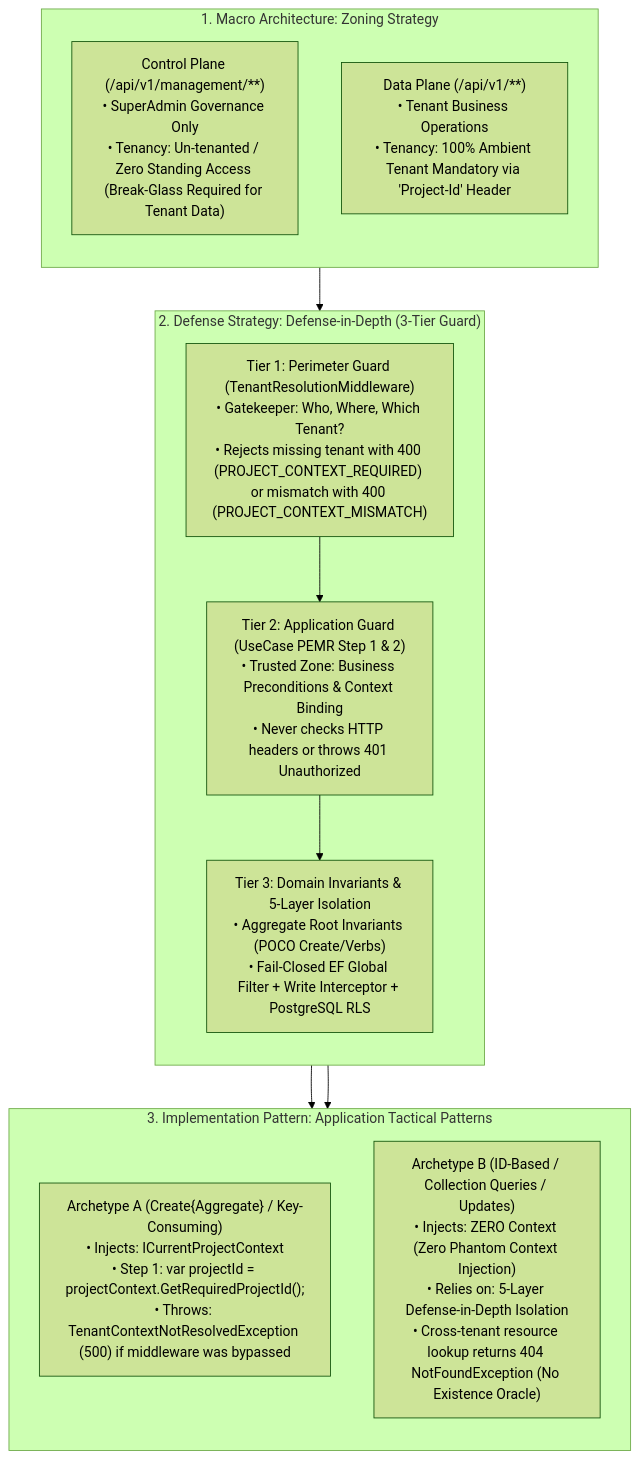
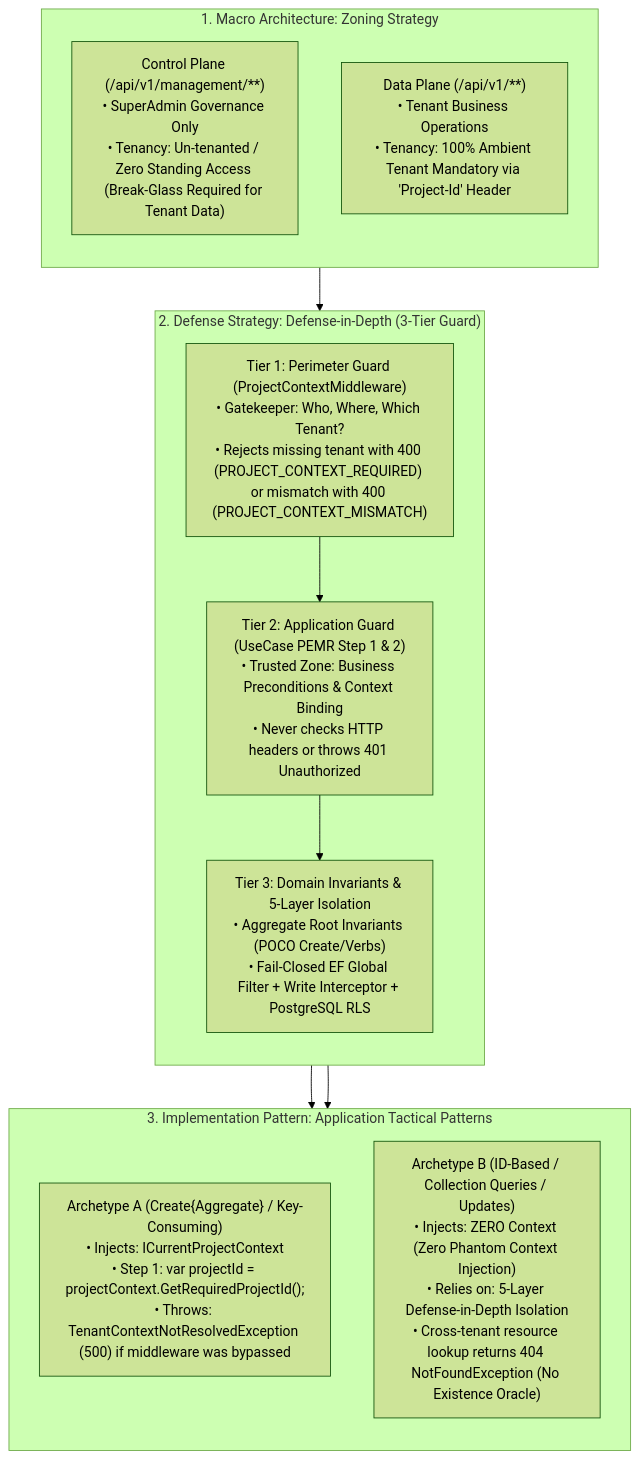
The diagram in specs/01_clean_arch_patterns/02_application_layer.md (suang05/doc_template), drawn with Mermaid (forest theme) before and after one commit. The commit also changed other lines of this file and 171 other files, not shown here.

````diff
--- a/specs/01_clean_arch_patterns/02_application_layer.md
+++ b/specs/01_clean_arch_patterns/02_application_layer.md
@@ -23,26 +23,26 @@
 ```mermaid
 flowchart TD
     subgraph Macro ["1. Macro Architecture: Zoning Strategy"]
         direction TB
         CtrlPlane["Control Plane (/api/v1/management/**)\n• SuperAdmin Governance Only\n• Tenancy: Un-tenanted / Zero Standing Access (Break-Glass Required for Tenant Data)"]
         DataPlane["Data Plane (/api/v1/**)\n• Tenant Business Operations\n• Tenancy: 100% Ambient Tenant Mandatory via 'Project-Id' Header"]
     end
 
     subgraph Defense ["2. Defense Strategy: Defense-in-Depth (3-Tier Guard)"]
         direction TB
-        Tier1["Tier 1: Perimeter Guard (TenantResolutionMiddleware)\n• Gatekeeper: Who, Where, Which Tenant?\n• Rejects missing tenant with 400 (PROJECT_CONTEXT_REQUIRED) or mismatch with 400 (PROJECT_CONTEXT_MISMATCH)"]
+        Tier1["Tier 1: Perimeter Guard (ProjectContextMiddleware)\n• Gatekeeper: Who, Where, Which Tenant?\n• Rejects missing tenant with 400 (PROJECT_CONTEXT_REQUIRED) or mismatch with 400 (PROJECT_CONTEXT_MISMATCH)"]
         Tier2["Tier 2: Application Guard (UseCase PEMR Step 1 & 2)\n• Trusted Zone: Business Preconditions & Context Binding\n• Never checks HTTP headers or throws 401 Unauthorized"]
         Tier3["Tier 3: Domain Invariants & 5-Layer Isolation\n• Aggregate Root Invariants (POCO Create/Verbs)\n• Fail-Closed EF Global Filter + Write Interceptor + PostgreSQL RLS"]
         Tier1 --> Tier2 --> Tier3
     end
 
     subgraph Tactical ["3. Implementation Pattern: Application Tactical Patterns"]
         direction TB
         ArchA["Archetype A (Create{Aggregate} / Key-Consuming)\n• Injects: ICurrentProjectContext\n• Step 1: var projectId = projectContext.GetRequiredProjectId();\n• Throws: TenantContextNotResolvedException (500) if middleware was bypassed"]
         ArchB["Archetype B (ID-Based / Collection Queries / Updates)\n• Injects: ZERO Context (Zero Phantom Context Injection)\n• Relies on: 5-Layer Defense-in-Depth Isolation\n• Cross-tenant resource lookup returns 404 NotFoundException (No Existence Oracle)"]
     end
 
     DataPlane --> Tier1
     Tier2 --> ArchA
     Tier2 --> ArchB
 ```
````
